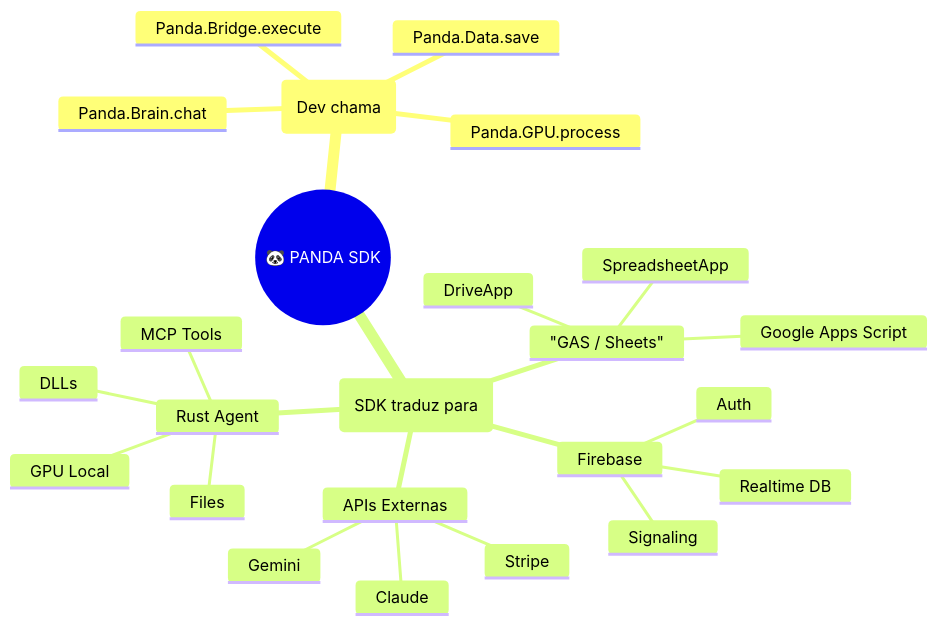
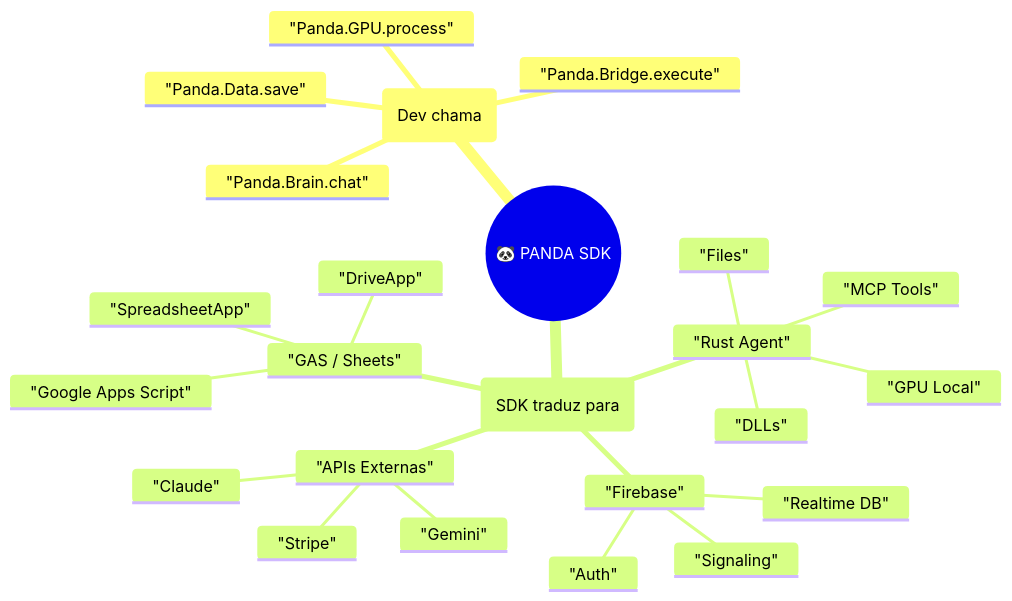
One commit to LucassVal/Panda-Factory changed the first of 9 diagrams in docs/PF_MIND_MAPS.md. Above: the diagram before and after it, drawn with Mermaid. The commit also changed other lines of this file and 609 other files, not shown here.

Commit message:
fix(docs): Rewrite all Mermaid Mind Maps with strict quoting syntax

````diff
--- a/docs/PF_MIND_MAPS.md
+++ b/docs/PF_MIND_MAPS.md
@@ -11,27 +11,27 @@
 ```mermaid
 mindmap
-  root((🐼 PANDA SDK))
-    (Dev chama)
-      Panda.Data.save
-      Panda.Brain.chat
-      Panda.Bridge.execute
-      Panda.GPU.process
-    (SDK traduz para)
+  root(("🐼 PANDA SDK"))
+    ("Dev chama")
+      "Panda.Data.save"
+      "Panda.Brain.chat"
+      "Panda.Bridge.execute"
+      "Panda.GPU.process"
+    ("SDK traduz para")
       "GAS / Sheets"
-        Google Apps Script
-        SpreadsheetApp
-        DriveApp
-      Firebase
-        Realtime DB
-        Auth
-        Signaling
-      Rust Agent
-        GPU Local
-        DLLs
-        Files
-        MCP Tools
-      APIs Externas
-        Gemini
-        Claude
-        Stripe
+        "Google Apps Script"
+        "SpreadsheetApp"
+        "DriveApp"
+      "Firebase"
+        "Realtime DB"
+        "Auth"
+        "Signaling"
+      "Rust Agent"
+        "GPU Local"
+        "DLLs"
+        "Files"
+        "MCP Tools"
+      "APIs Externas"
+        "Gemini"
+        "Claude"
+        "Stripe"
 ```
````
